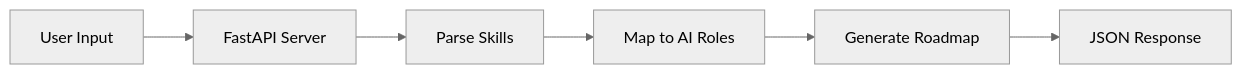
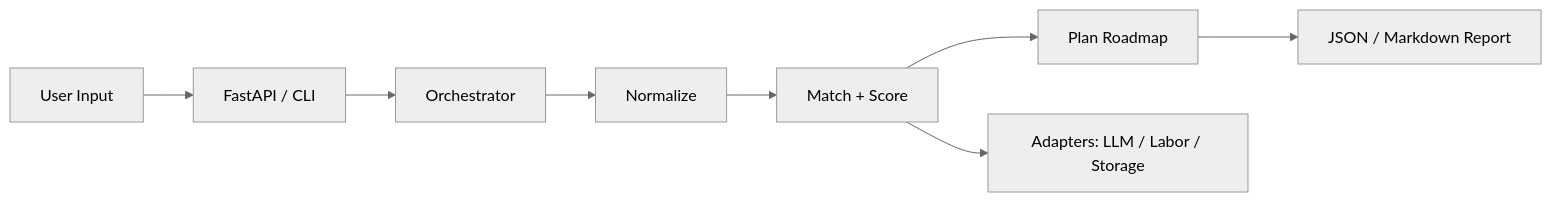
One commit to AIFrontiersLab/skilldispatch changed the diagram in README.md. Above: the diagram before and after it, drawn with Mermaid (neutral theme). The commit also changed other lines of this file and 90 other files, not shown here.

First line of the commit message:
Expand Skilldispatch into a layered architecture with full docs.

````diff
--- a/README.md
+++ b/README.md
@@ -37,8 +110,10 @@
 ```mermaid
 flowchart LR
-    A[User Input] --> B[FastAPI Server]
-    B --> C[Parse Skills]
-    C --> D[Map to AI Roles]
-    D --> E[Generate Roadmap]
-    E --> F[JSON Response]
+    A[User Input] --> B[FastAPI / CLI]
+    B --> C[Orchestrator]
+    C --> D[Normalize]
+    D --> E[Match + Score]
+    E --> F[Plan Roadmap]
+    F --> G[JSON / Markdown Report]
+    E --> H[Adapters: LLM / Labor / Storage]
 ```
````
